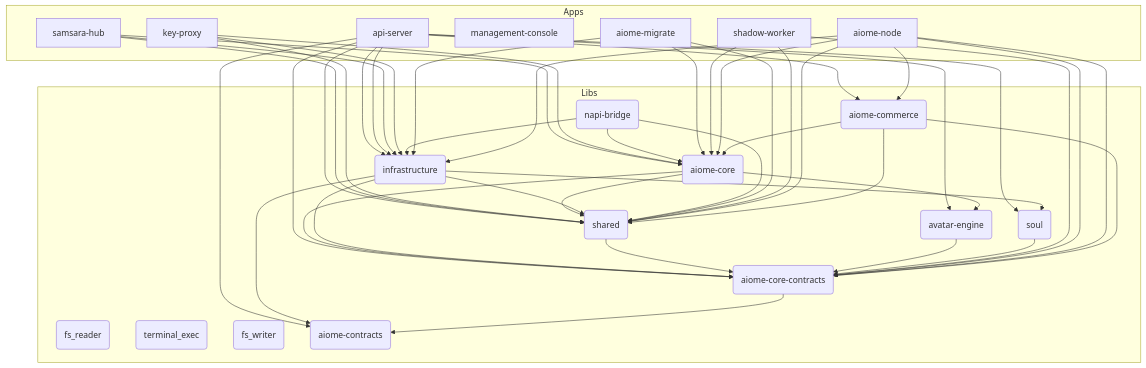
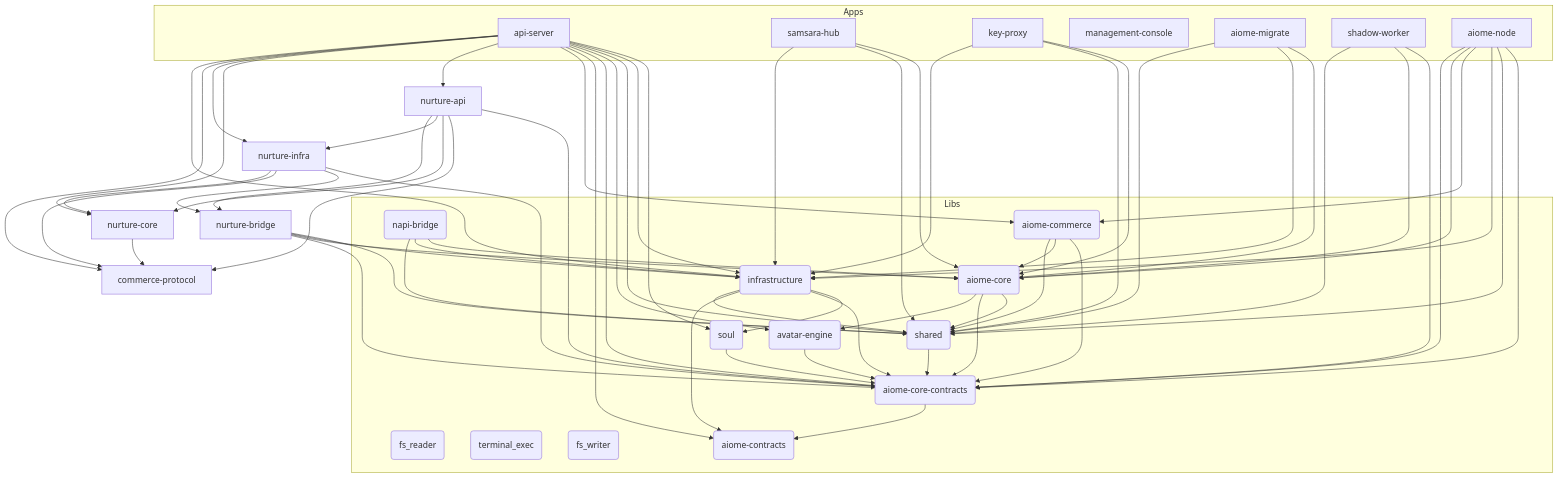
Before and after one commit to for4xex-droid/modular-open-claw: the diagram in ARCHITECTURE.md, drawn with Mermaid. The commit also changed other lines of this file and 212 other files, not shown here.

````diff
--- a/ARCHITECTURE.md
+++ b/ARCHITECTURE.md
@@ -54,6 +54,10 @@
     api-server --> aiome-core-contracts
     api-server --> aiome-contracts
     api-server --> aiome-commerce
+    api-server --> nurture-api
+    api-server --> nurture-core
+    api-server --> nurture-infra
+    api-server --> commerce-protocol
     api-server --> infrastructure
     samsara-hub --> aiome-core
     samsara-hub --> shared
@@ -90,4 +94,18 @@
     aiome-commerce --> aiome-core-contracts
     aiome-commerce --> aiome-core
     aiome-commerce --> shared
+    nurture-api --> aiome-core-contracts
+    nurture-api --> commerce-protocol
+    nurture-api --> nurture-core
+    nurture-api --> nurture-infra
+    nurture-api --> nurture-bridge
+    nurture-bridge --> shared
+    nurture-bridge --> infrastructure
+    nurture-bridge --> aiome-core
+    nurture-bridge --> aiome-core-contracts
+    nurture-core --> commerce-protocol
+    nurture-infra --> aiome-core-contracts
+    nurture-infra --> nurture-bridge
+    nurture-infra --> commerce-protocol
+    nurture-infra --> nurture-core
 ```
````
